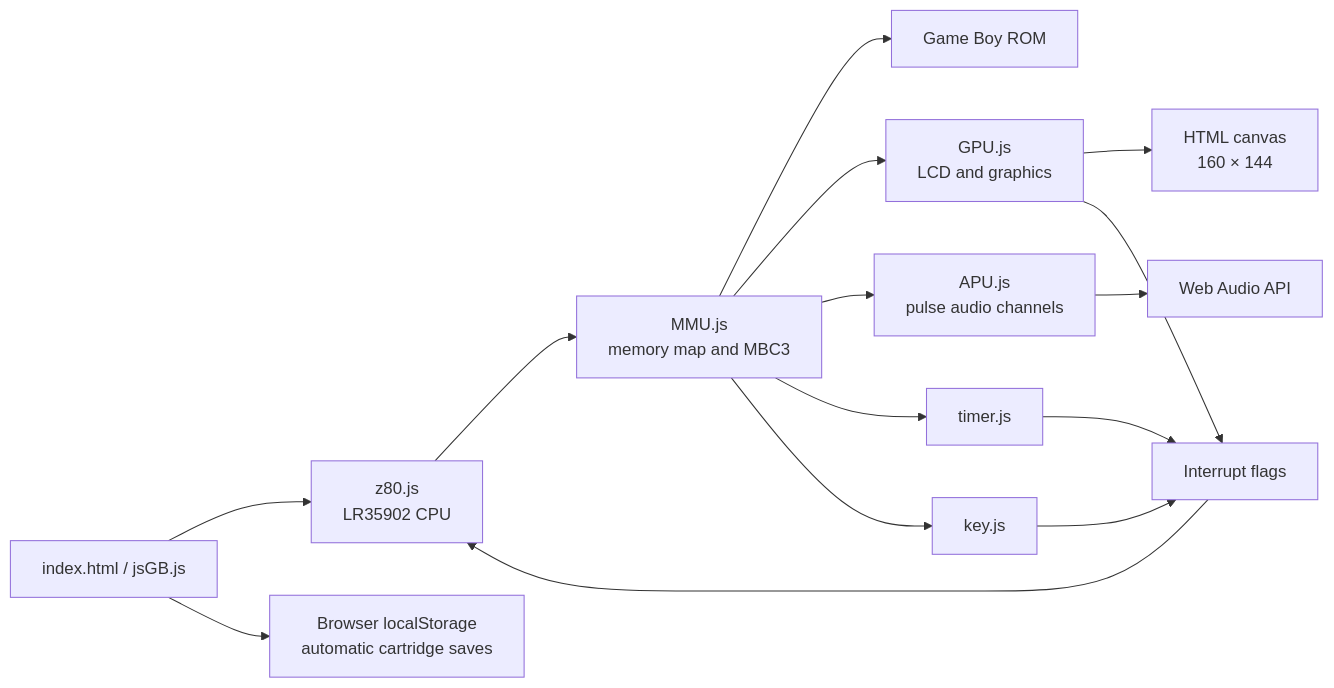
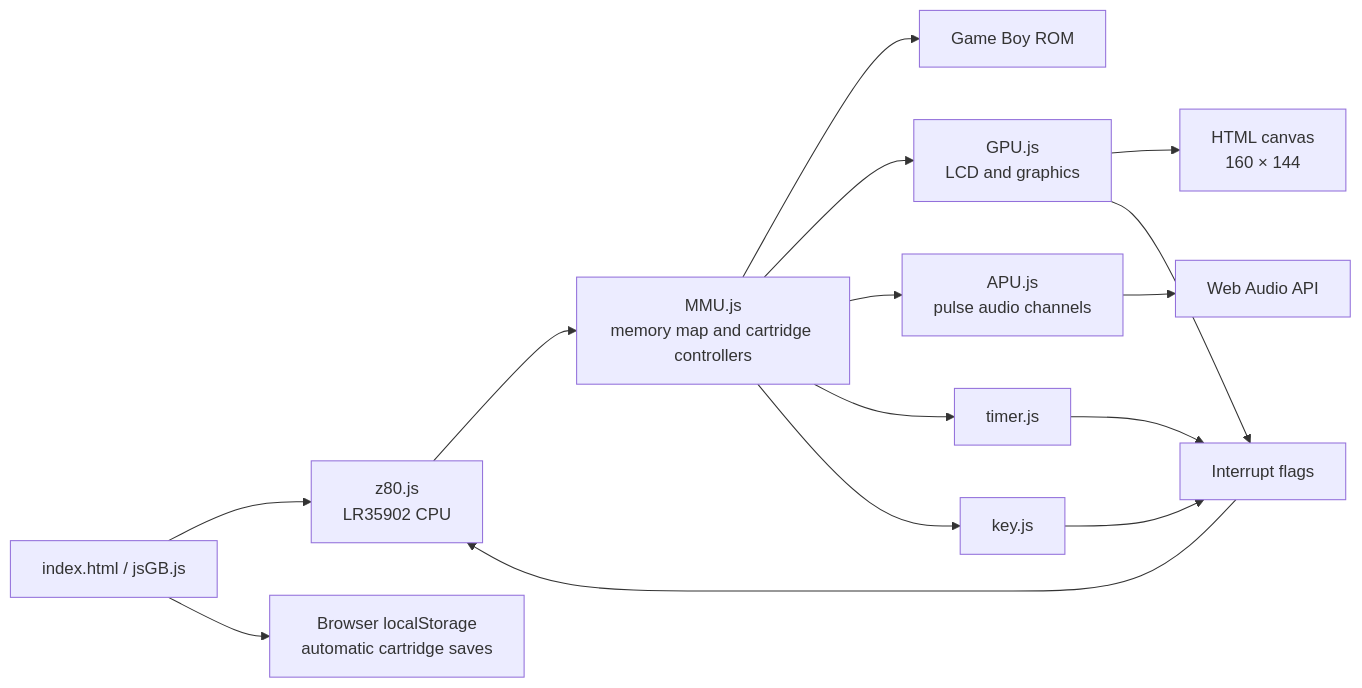
One commit to KamilMatyjaszczyk/Emulator changed the first of 2 diagrams in README.md. Above: the diagram before and after it, drawn with Mermaid. The commit also changed other lines of this file and 9 other files, not shown here.

````diff
--- a/README.md
+++ b/README.md
@@ -96,17 +96,17 @@
 ```mermaid
 flowchart LR
     UI[index.html / jsGB.js] --> CPU[z80.js<br>LR35902 CPU]
-    CPU --> MMU[MMU.js<br>memory map and MBC3]
+    CPU --> MMU[MMU.js<br>memory map and cartridge controllers]
     MMU --> ROM[Game Boy ROM]
     UI --> STORAGE[Browser localStorage<br>automatic cartridge saves]
     MMU --> GPU[GPU.js<br>LCD and graphics]
     MMU --> APU[APU.js<br>pulse audio channels]
     MMU --> TIMER[timer.js]
     MMU --> KEY[key.js]
     GPU --> CANVAS[HTML canvas<br>160 × 144]
     APU --> AUDIO[Web Audio API]
     TIMER --> IRQ[Interrupt flags]
     KEY --> IRQ
     GPU --> IRQ
     IRQ --> CPU
 ```
````
